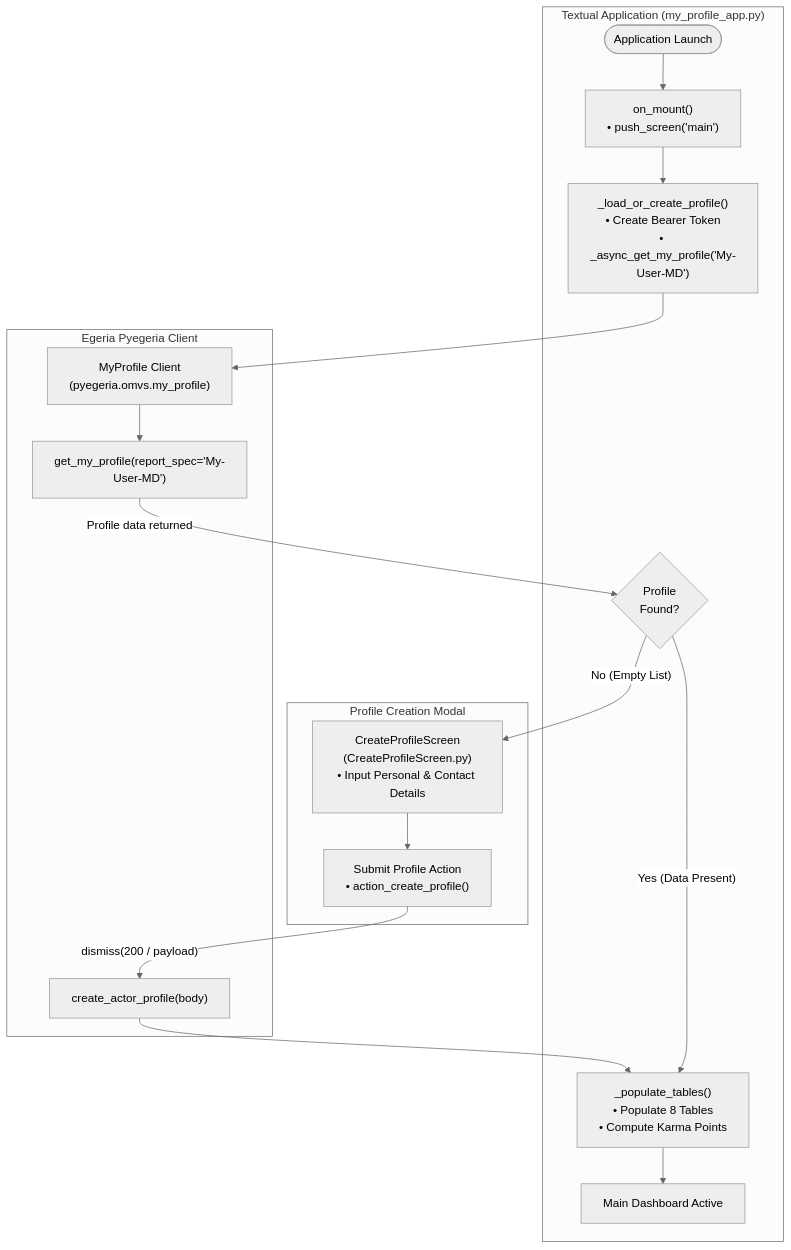
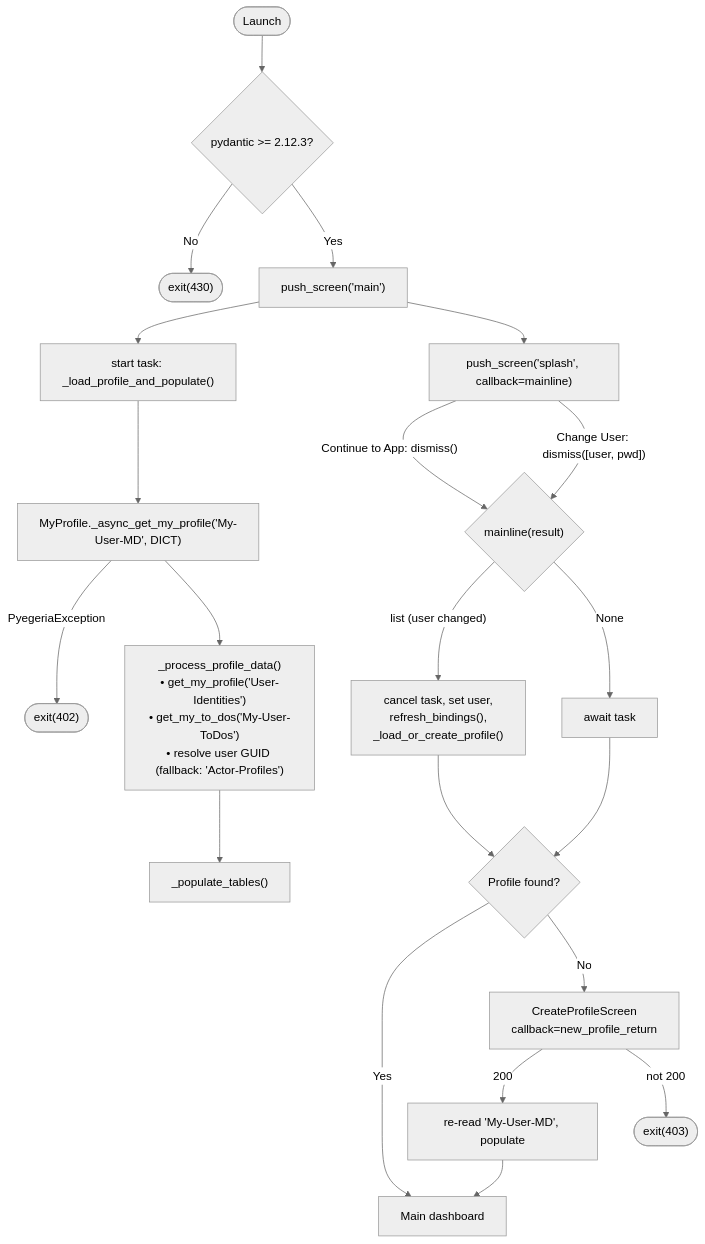
Before and after one commit to odpi/egeria-python: the second of 7 diagrams in docs/My-Egeria-Doc.md, drawn with Mermaid (neutral theme). The commit also changed other lines of this file and 36 other files, not shown here.

````diff
--- a/docs/My-Egeria-Doc.md
+++ b/docs/My-Egeria-Doc.md
@@ -56,31 +89,22 @@
 ```mermaid
 flowchart TD
-    %% App Startup and Profile Loading
-    subgraph ClientApp ["Textual Application (my_profile_app.py)"]
-        START(["Application Launch"])
-        ONMOUNT["on_mount()<br/>• push_screen('main')"]
-        LOAD["_load_or_create_profile()<br/>• Create Bearer Token<br/>• _async_get_my_profile('My-User-MD')"]
-        CHECK{"Profile<br/>Found?"}
-        POPULATE["_populate_tables()<br/>• Populate 8 Tables<br/>• Compute Karma Points"]
-        MAIN["Main Dashboard Active"]
-    end
-
-    subgraph Modals ["Profile Creation Modal"]
-        CPS["CreateProfileScreen<br/>(CreateProfileScreen.py)<br/>• Input Personal & Contact Details"]
-        SUBMIT["Submit Profile Action<br/>• action_create_profile()"]
-    end
-
-    subgraph EgeriaOMVS ["Egeria Pyegeria Client"]
-        MP["MyProfile Client<br/>(pyegeria.omvs.my_profile)"]
-        GET_P["get_my_profile(report_spec='My-User-MD')"]
-        CREATE_P["create_actor_profile(body)"]
-    end
-
-    START --> ONMOUNT --> LOAD
-    LOAD --> MP --> GET_P
-    GET_P -- "Profile data returned" --> CHECK
-    CHECK -- "Yes (Data Present)" --> POPULATE --> MAIN
-    CHECK -- "No (Empty List)" --> CPS
-    CPS --> SUBMIT -- "dismiss(200 / payload)" --> CREATE_P
-    CREATE_P --> POPULATE
+    START(["Launch"]) --> CHECK_ENV{"pydantic &gt;= 2.12.3?"}
+    CHECK_ENV -- "No" --> EXIT430(["exit(430)"])
+    CHECK_ENV -- "Yes" --> PUSH_MAIN["push_screen('main')"]
+    PUSH_MAIN --> TASK["start task: _load_profile_and_populate()"]
+    PUSH_MAIN --> SPLASH["push_screen('splash', callback=mainline)"]
+    SPLASH -- "Continue to App: dismiss()" --> MAINLINE{"mainline(result)"}
+    SPLASH -- "Change User: dismiss([user, pwd])" --> MAINLINE
+    MAINLINE -- "list (user changed)" --> RELOAD["cancel task, set user,<br/>refresh_bindings(),<br/>_load_or_create_profile()"]
+    MAINLINE -- "None" --> AWAIT["await task"]
+    TASK --> GET["MyProfile._async_get_my_profile('My-User-MD', DICT)"]
+    GET -- "PyegeriaException" --> EXIT402(["exit(402)"])
+    GET --> PROC["_process_profile_data()<br/>• get_my_profile('User-Identities')<br/>• get_my_to_dos('My-User-ToDos')<br/>• resolve user GUID (fallback: 'Actor-Profiles')"]
+    PROC --> POP["_populate_tables()"]
+    AWAIT --> FOUND{"Profile found?"}
+    RELOAD --> FOUND
+    FOUND -- "Yes" --> DASH["Main dashboard"]
+    FOUND -- "No" --> CPS["CreateProfileScreen<br/>callback=new_profile_return"]
+    CPS -- "200" --> REREAD["re-read 'My-User-MD', populate"] --> DASH
+    CPS -- "not 200" --> EXIT403(["exit(403)"])
 ```
````
